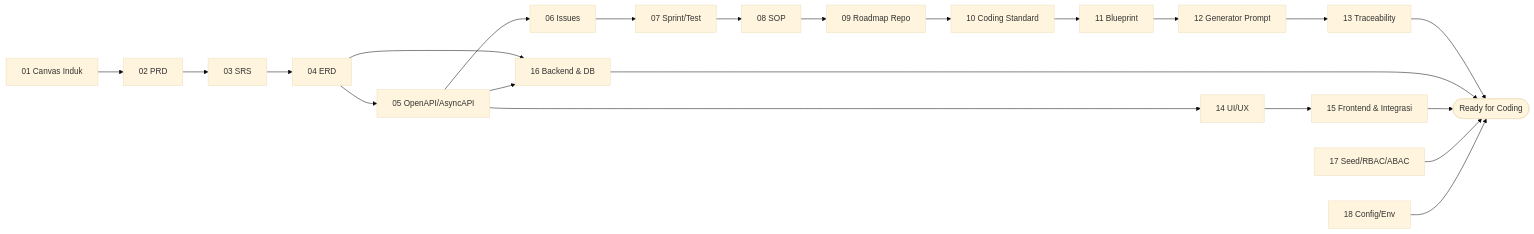
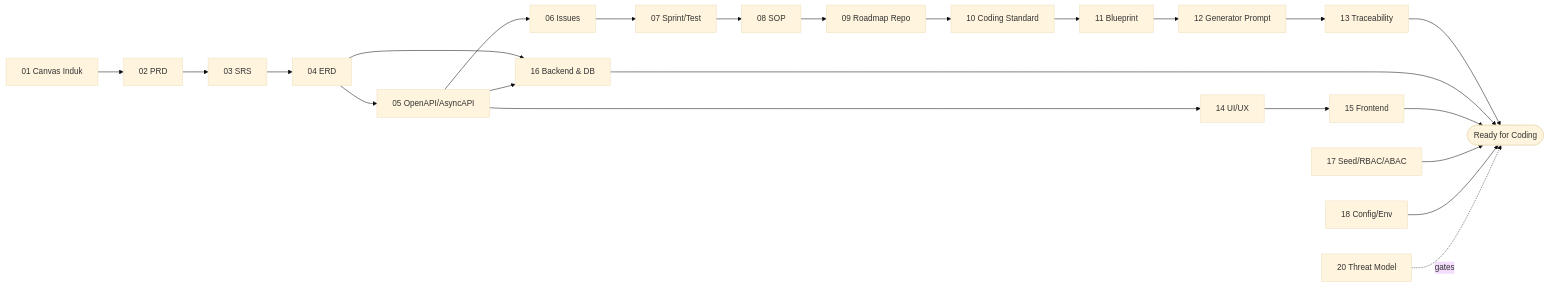
One commit to ahliweb/awcms-mini changed the third of 3 diagrams in README.md. Above: the diagram before and after it, drawn with Mermaid (base theme). The commit also changed other lines of this file and 63 other files, not shown here.

````diff
--- a/README.md
+++ b/README.md
@@ -99,23 +100,24 @@
 ```mermaid
 flowchart LR
   A[01 Canvas Induk] --> B[02 PRD]
   B --> C[03 SRS]
   C --> D[04 ERD]
   D --> E[05 OpenAPI/AsyncAPI]
   E --> F[06 Issues]
   F --> G[07 Sprint/Test]
   G --> H[08 SOP]
   H --> I[09 Roadmap Repo]
   I --> J[10 Coding Standard]
   J --> K[11 Blueprint]
   K --> L[12 Generator Prompt]
   L --> M[13 Traceability]
   M --> N([Ready for Coding])
   D --> TD[16 Backend & DB]
   E --> TD
-  E --> UX[14 UI/UX] --> FE[15 Frontend & Integrasi]
+  E --> UX[14 UI/UX] --> FE[15 Frontend]
   TD --> N
   FE --> N
   T17[17 Seed/RBAC/ABAC] --> N
   T18[18 Config/Env] --> N
+  SEC[20 Threat Model] -. gates .-> N
 ```
````
